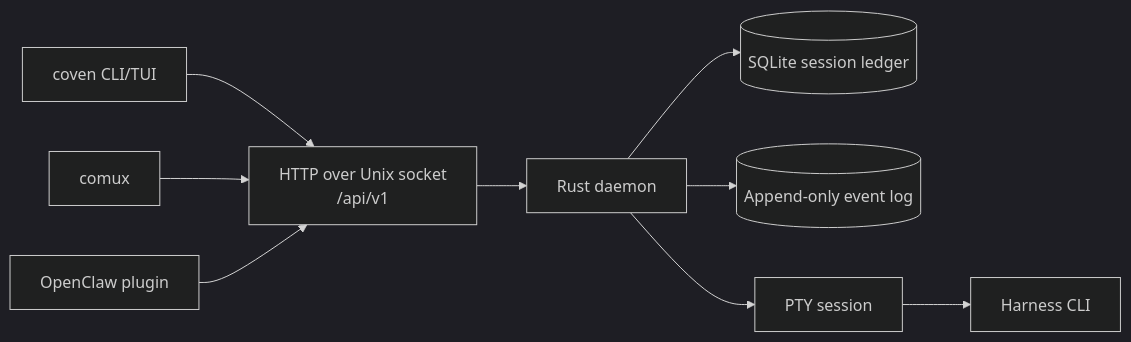
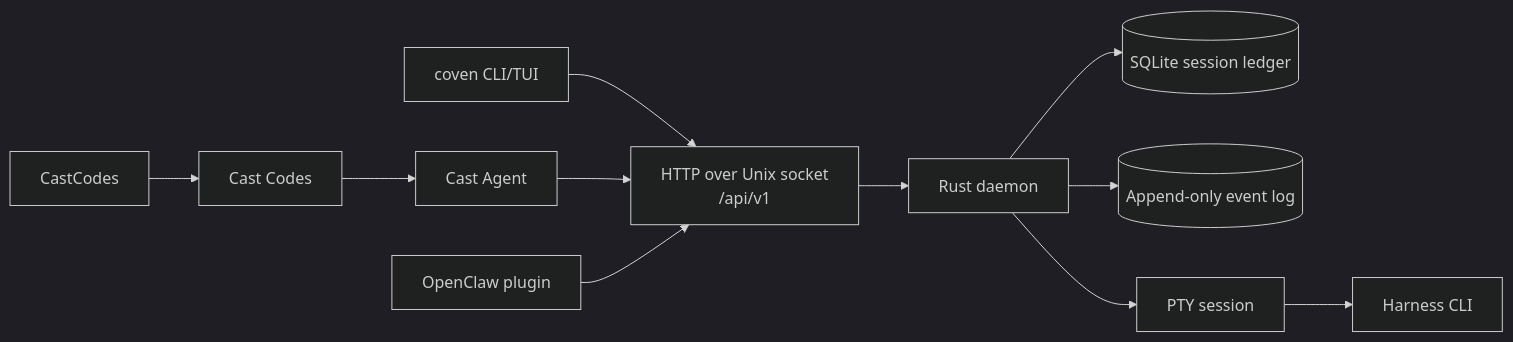
One commit to OpenCoven/coven-docs changed the second of 9 diagrams in content/docs/reference/migration-map.mdx. Above: the diagram before and after it, drawn with Mermaid (dark theme). The commit also changed other lines of this file and 19 other files, not shown here.

Commit message:
docs: align docs around CastCodes architecture

````diff
--- a/content/docs/reference/migration-map.mdx
+++ b/content/docs/reference/migration-map.mdx
@@ -252,20 +256,23 @@
 ```mermaid
 flowchart LR
   CLI["coven CLI/TUI"]
-  Comux["comux"]
+  CastCodes["CastCodes"]
+  CastAgent["Cast Agent"]
+  Codes["Cast Codes"]
   Plugin["OpenClaw plugin"]
   Socket["HTTP over Unix socket\n/api/v1"]
   Daemon["Rust daemon"]
   Store[("SQLite session ledger")]
   Log[("Append-only event log")]
   Pty["PTY session"]
   Harness["Harness CLI"]
 
   CLI --> Socket
-  Comux --> Socket
+  CastCodes --> Codes --> CastAgent
+  CastAgent --> Socket
   Plugin --> Socket
   Socket --> Daemon
   Daemon --> Store
   Daemon --> Log
   Daemon --> Pty --> Harness
 ```
````
